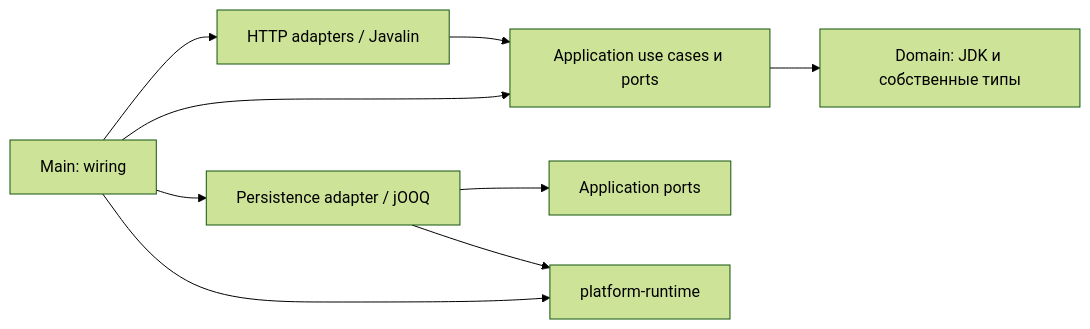
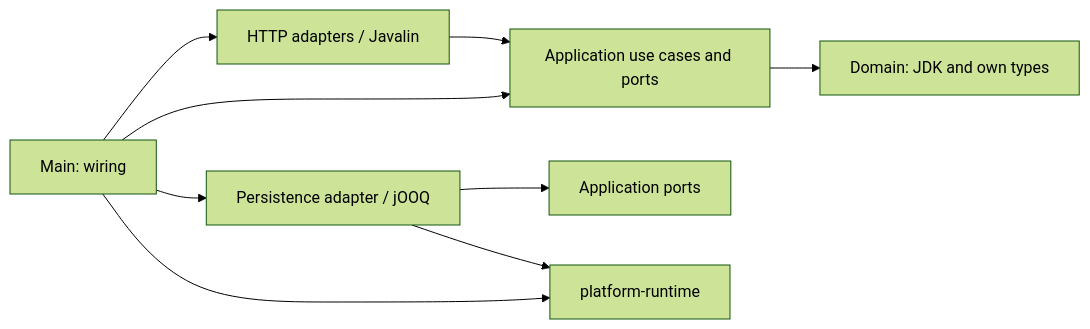
Before and after one commit to aarbabaev/ArMoney: the second of 11 diagrams in ARCHITECTURE.md, drawn with Mermaid (forest theme). The commit also changed other lines of this file and 6 other files, not shown here.

Commit message:
Use English architecture documentation and neutral product descriptions

````diff
--- a/ARCHITECTURE.md
+++ b/ARCHITECTURE.md
@@ -75,11 +75,11 @@
 ```mermaid
 flowchart LR
-    HTTP["HTTP adapters / Javalin"] --> APP["Application use cases и ports"]
-    APP --> DOMAIN["Domain: JDK и собственные типы"]
+    HTTP["HTTP adapters / Javalin"] --> APP["Application use cases and ports"]
+    APP --> DOMAIN["Domain: JDK and own types"]
     SQL["Persistence adapter / jOOQ"] --> PORTS["Application ports"]
     MAIN["Main: wiring"] --> HTTP
     MAIN --> APP
     MAIN --> SQL
     MAIN --> RT["platform-runtime"]
     SQL --> RT
 ```
````
